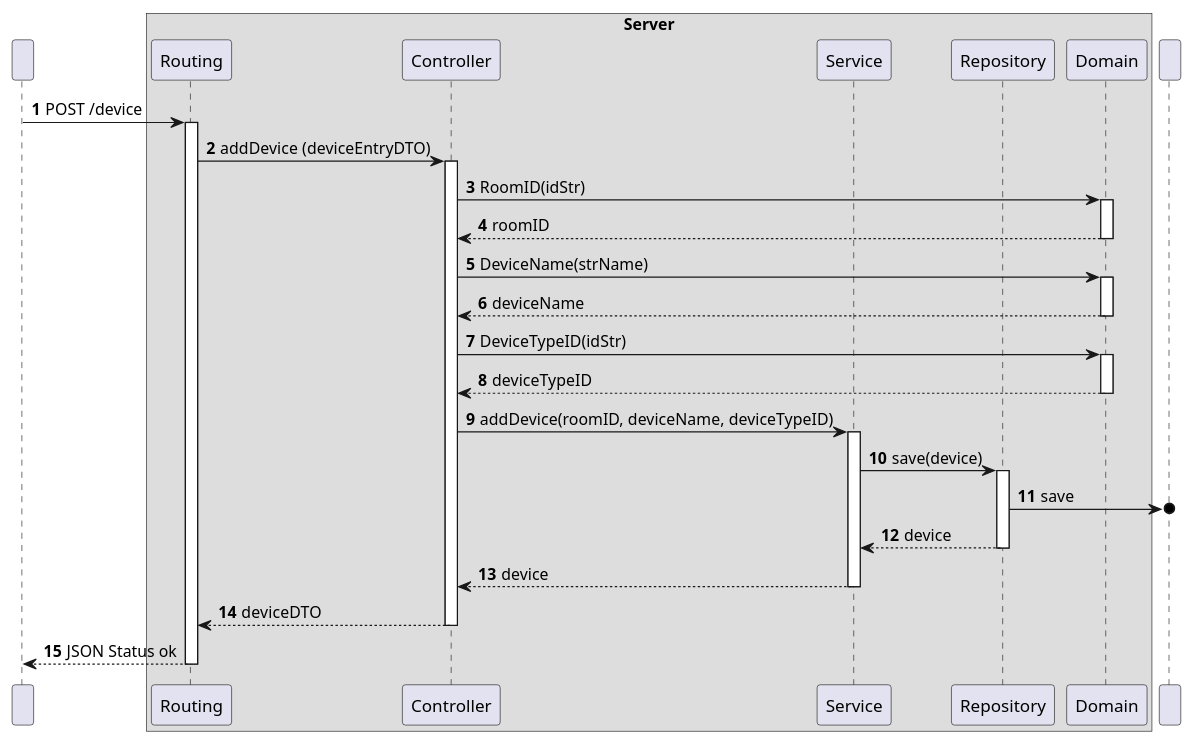
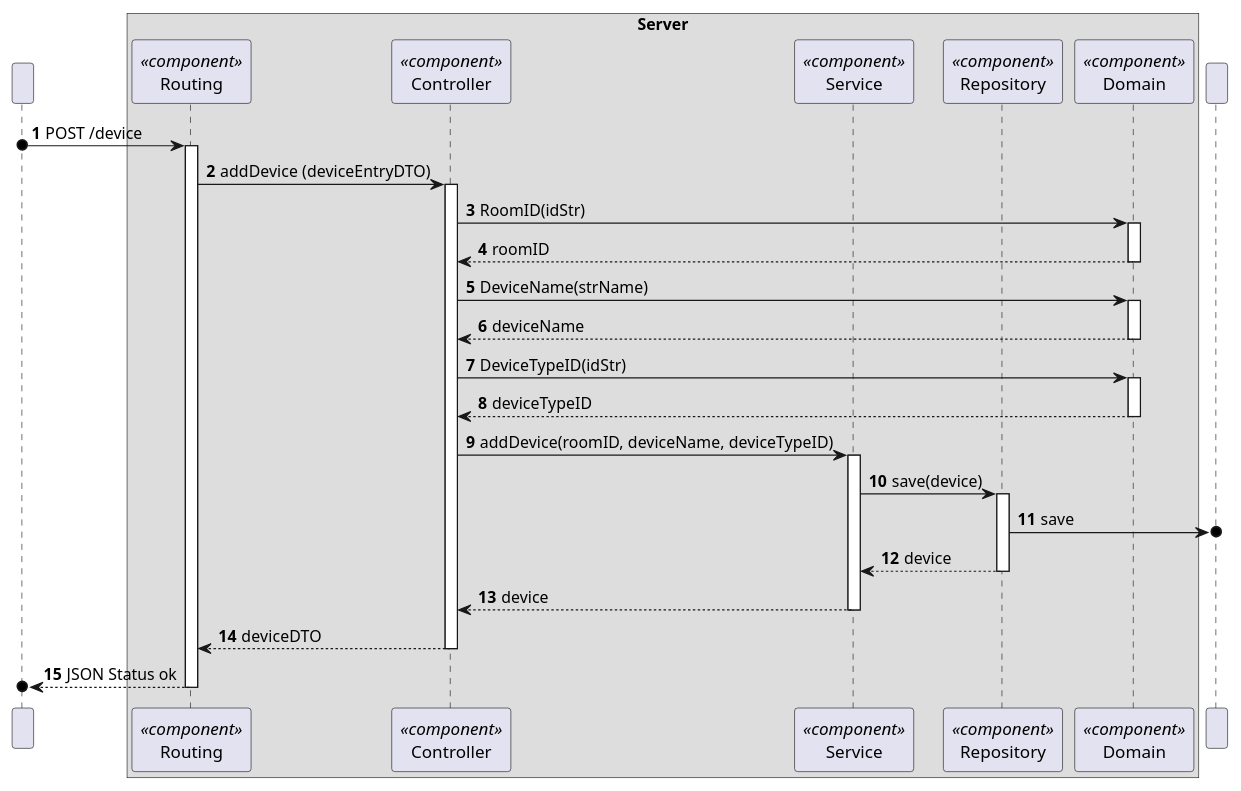
Before and after one commit to moutajDev/smarthome: the diagram in docs/C4_4plus1_models/Level4/ProcessView/ProcessViewLevel4_UC05.puml, drawn with PlantUML. The commit also changed 46 other files, not shown here.

```diff
--- a/docs/C4_4plus1_models/Level4/ProcessView/ProcessViewLevel4_UC05.puml
+++ b/docs/C4_4plus1_models/Level4/ProcessView/ProcessViewLevel4_UC05.puml
@@ -1,60 +1,60 @@
 @startuml
 'https://plantuml.com/sequence-diagram
 !pragma layout smetana
 
 autonumber
 
 participant " " as HTTP
 
 box "Server"
-participant "Routing" as ROUT
-    participant "Controller" as CTRL
-    participant "Service" as SV
-    participant "Repository" as REPO
-    participant "Domain" as DOM
+participant "Routing" as ROUT<<component>>
+    participant "Controller" as CTRL<<component>>
+    participant "Service" as SV<<component>>
+    participant "Repository" as REPO<<component>>
+    participant "Domain" as DOM<<component>>
 end box
 participant " " as BD
 
-HTTP -> ROUT : POST /device
+HTTP o-> ROUT : POST /device
 activate ROUT
 
 ROUT -> CTRL : addDevice (deviceEntryDTO)
 activate CTRL
 
 CTRL -> DOM : RoomID(idStr)
 activate DOM
 DOM --> CTRL : roomID
 deactivate DOM
 
 CTRL -> DOM : DeviceName(strName)
 activate DOM
 DOM --> CTRL : deviceName
 deactivate DOM
 
 CTRL -> DOM : DeviceTypeID(idStr)
 activate DOM
 DOM --> CTRL : deviceTypeID
 deactivate DOM
 
 CTRL -> SV : addDevice(roomID, deviceName, deviceTypeID)
 activate SV
 
 SV -> REPO : save(device)
 activate REPO
 REPO ->o BD : save
 
 
 REPO --> SV : device
 deactivate REPO
 
 SV --> CTRL : device
 deactivate SV
 
 CTRL --> ROUT : deviceDTO
 deactivate CTRL
 
-ROUT --> HTTP : JSON Status ok
+ROUT -->o HTTP : JSON Status ok
 deactivate ROUT
 
 
 @enduml
```
